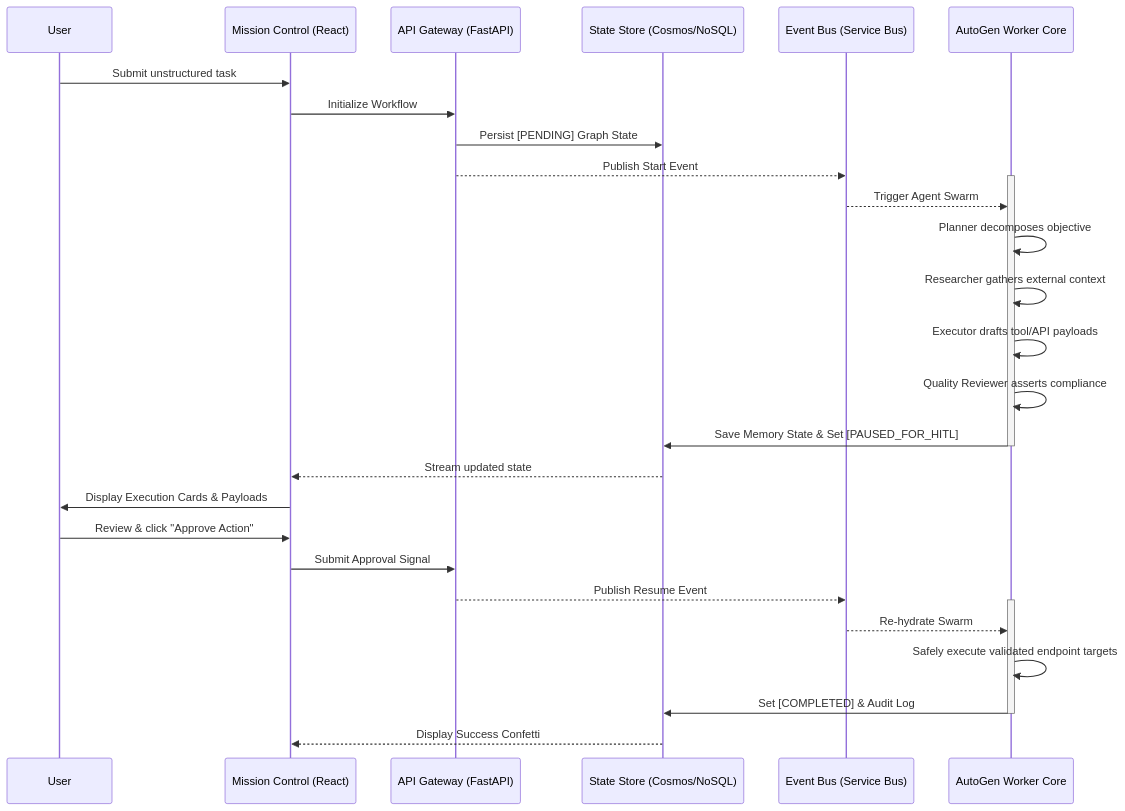
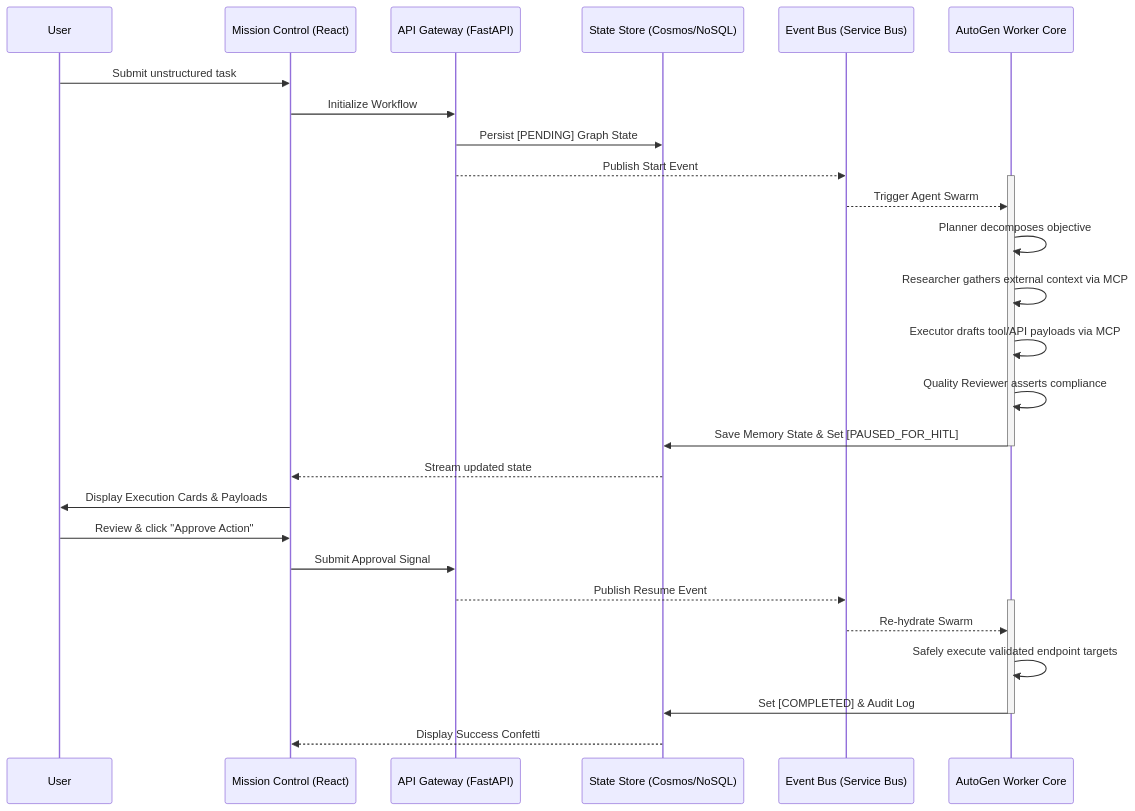
The first of 2 diagrams in pptx.md (SakuDaku05/OrchtrAI), drawn with Mermaid before and after one commit. The commit also changed other lines of this file and 1 other file, not shown here.

Commit message:
docs: Update architecture presentation slides with MCP details

````diff
--- a/pptx.md
+++ b/pptx.md
@@ -47,33 +48,33 @@
 ```mermaid
 sequenceDiagram
     participant User
     participant Frontend as Mission Control (React)
     participant API as API Gateway (FastAPI)
     participant DB as State Store (Cosmos/NoSQL)
     participant Queue as Event Bus (Service Bus)
     participant Agents as AutoGen Worker Core
 
     User->>Frontend: Submit unstructured task
     Frontend->>API: Initialize Workflow
     API->>DB: Persist [PENDING] Graph State
     API-->>Queue: Publish Start Event
     activate Agents
     Queue-->>Agents: Trigger Agent Swarm
     Agents->>Agents: Planner decomposes objective
-    Agents->>Agents: Researcher gathers external context
-    Agents->>Agents: Executor drafts tool/API payloads
+    Agents->>Agents: Researcher gathers external context via MCP
+    Agents->>Agents: Executor drafts tool/API payloads via MCP
     Agents->>Agents: Quality Reviewer asserts compliance
     Agents->>DB: Save Memory State & Set [PAUSED_FOR_HITL]
     deactivate Agents
     DB-->>Frontend: Stream updated state
     Frontend->>User: Display Execution Cards & Payloads
     User->>Frontend: Review & click "Approve Action"
     Frontend->>API: Submit Approval Signal
     API-->>Queue: Publish Resume Event
     activate Agents
     Queue-->>Agents: Re-hydrate Swarm
     Agents->>Agents: Safely execute validated endpoint targets
     Agents->>DB: Set [COMPLETED] & Audit Log
     deactivate Agents
     DB-->>Frontend: Display Success Confetti
 ```
````
